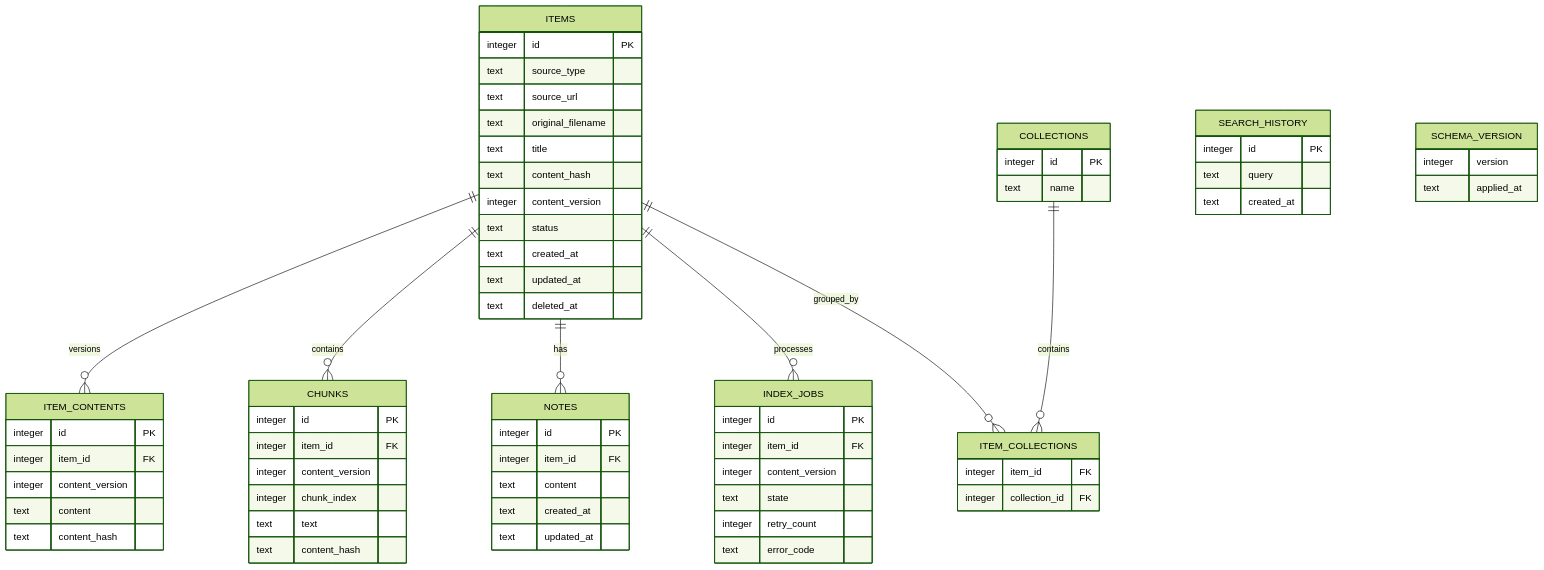
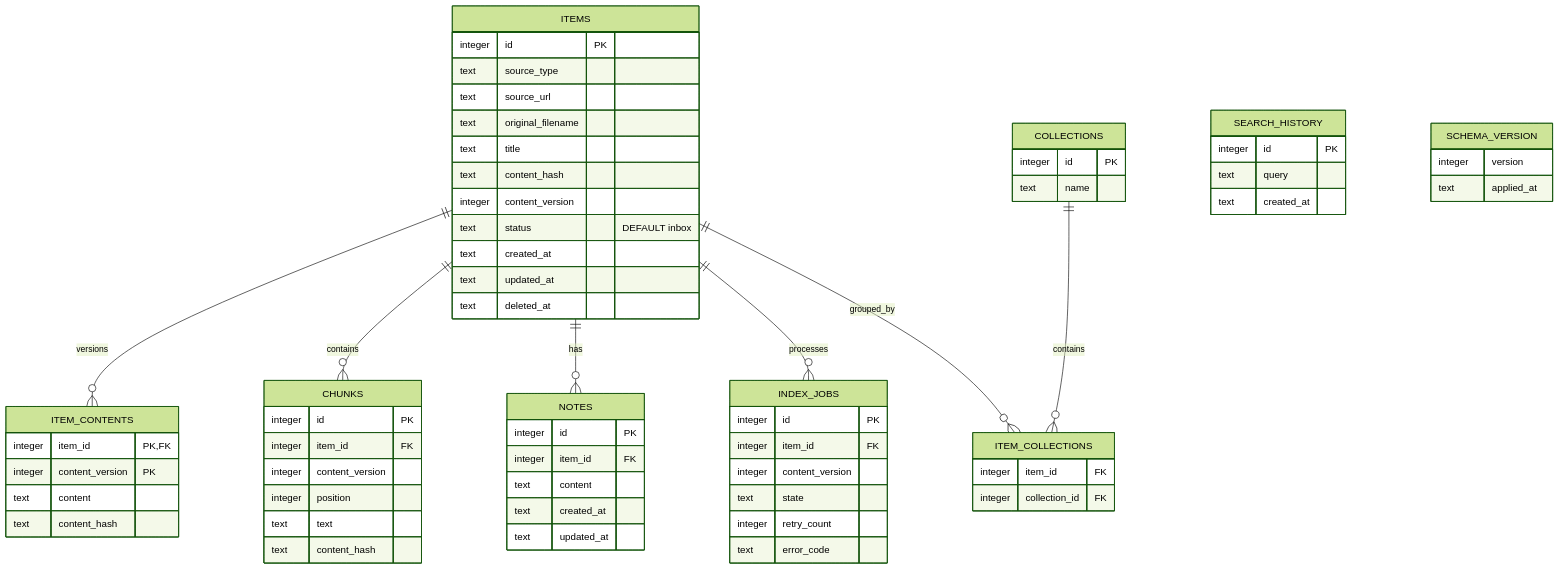
One commit to ryantr-statinops/InfoBoard changed the diagram in docs/architecture/02-data-model-and-erd.md. Above: the diagram before and after it, drawn with Mermaid (forest theme). The commit also changed other lines of this file and 3 other files, not shown here.

Commit message:
docs: align architecture and data contracts

````diff
--- a/docs/architecture/02-data-model-and-erd.md
+++ b/docs/architecture/02-data-model-and-erd.md
@@ -9,70 +9,69 @@
 ```mermaid
 erDiagram
     ITEMS ||--o{ ITEM_CONTENTS : versions
     ITEMS ||--o{ CHUNKS : contains
     ITEMS ||--o{ NOTES : has
     ITEMS ||--o{ INDEX_JOBS : processes
     ITEMS ||--o{ ITEM_COLLECTIONS : grouped_by
     COLLECTIONS ||--o{ ITEM_COLLECTIONS : contains
 
     ITEMS {
         integer id PK
         text source_type
         text source_url
         text original_filename
         text title
         text content_hash
         integer content_version
-        text status
+        text status "DEFAULT inbox"
         text created_at
         text updated_at
         text deleted_at
     }
     ITEM_CONTENTS {
-        integer id PK
-        integer item_id FK
-        integer content_version
+        integer item_id PK, FK
+        integer content_version PK
         text content
         text content_hash
     }
     CHUNKS {
         integer id PK
         integer item_id FK
         integer content_version
-        integer chunk_index
+        integer position
         text text
         text content_hash
     }
     COLLECTIONS {
         integer id PK
         text name
     }
     ITEM_COLLECTIONS {
         integer item_id FK
         integer collection_id FK
     }
     NOTES {
         integer id PK
         integer item_id FK
         text content
         text created_at
         text updated_at
     }
     INDEX_JOBS {
         integer id PK
         integer item_id FK
         integer content_version
         text state
         integer retry_count
         text error_code
     }
     SEARCH_HISTORY {
         integer id PK
         text query
         text created_at
     }
     SCHEMA_VERSION {
         integer version
         text applied_at
     }
 ```
````
